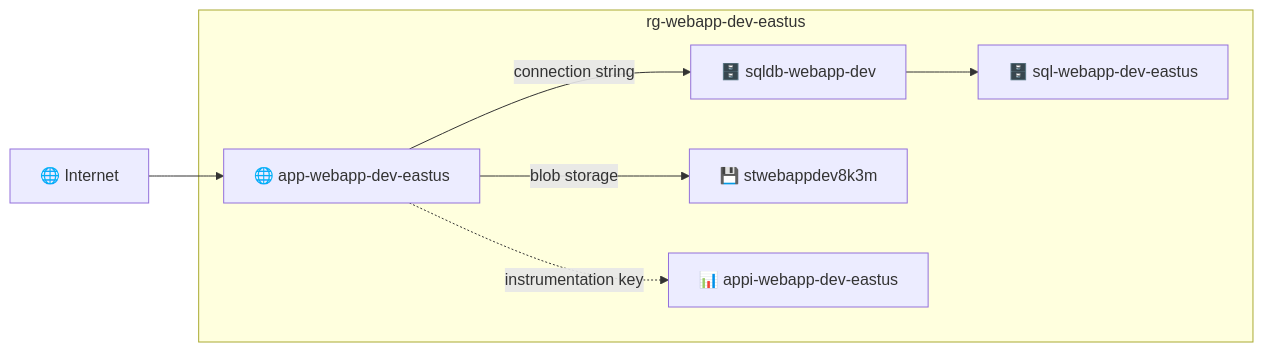
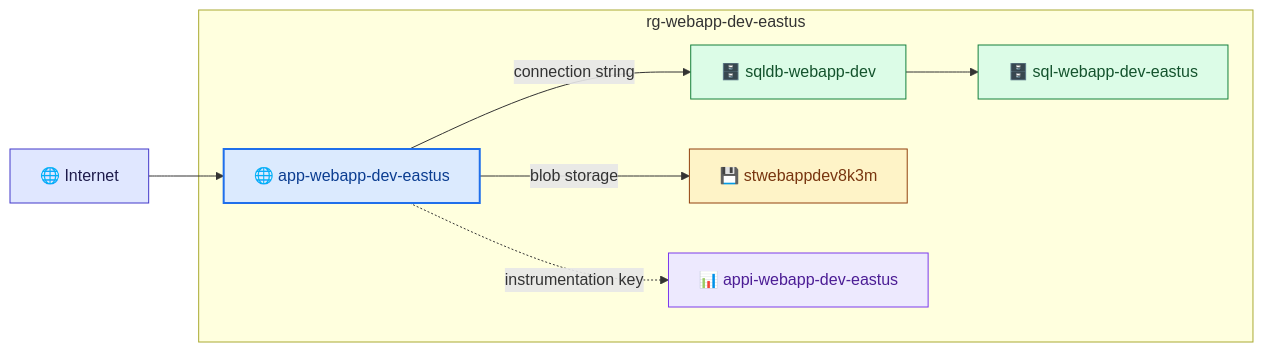
The second of 3 diagrams in .github/agents/azure-template-generator.agent.md (Azure/git-ape), drawn with Mermaid before and after one commit. The commit also changed other lines of this file and 48 other files, not shown here.

First line of the commit message:
docs(website): manifesto-aligned rewrite, deploy-anything, mermaid zoom + colors

````diff
--- a/.github/agents/azure-template-generator.agent.md
+++ b/.github/agents/azure-template-generator.agent.md
@@ -429,16 +438,27 @@
 ```mermaid
 graph LR
     Internet["🌐 Internet"] --> WebApp["🌐 app-webapp-dev-eastus"]
     WebApp -->|"connection string"| SQL["🗄️ sqldb-webapp-dev"]
     WebApp -->|"blob storage"| Storage["💾 stwebappdev8k3m"]
     WebApp -.->|"instrumentation key"| AppInsights["📊 appi-webapp-dev-eastus"]
     SQL --> SQLServer["🗄️ sql-webapp-dev-eastus"]
     
     subgraph rg-webapp-dev-eastus
         WebApp
         SQL
         SQLServer
         Storage
         AppInsights
     end
+
+    classDef internet fill:#e0e7ff,stroke:#4338ca,color:#1e1b4b
+    classDef compute fill:#dbeafe,stroke:#1f6feb,stroke-width:2px,color:#0b3d91
+    classDef data fill:#dcfce7,stroke:#15803d,color:#14532d
+    classDef storage fill:#fef3c7,stroke:#92400e,color:#78350f
+    classDef monitor fill:#ede9fe,stroke:#7c3aed,color:#4c1d95
+    class Internet internet
+    class WebApp compute
+    class SQL,SQLServer data
+    class Storage storage
+    class AppInsights monitor
 ```
````
